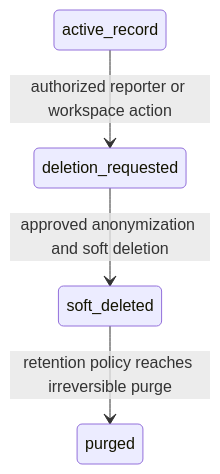
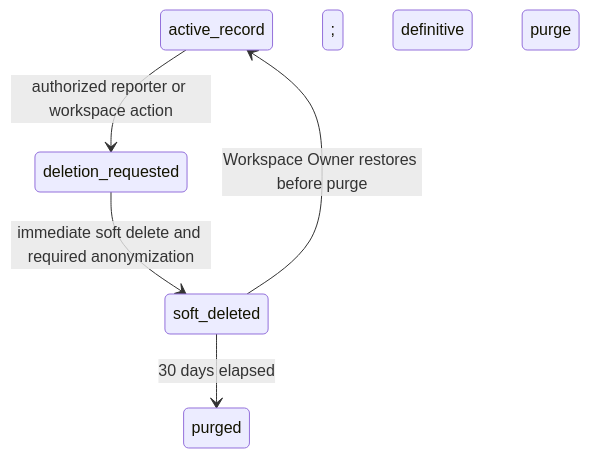
Before and after one commit to Y4NN777/y7-feedback-mngt-system: the seventh of 11 diagrams in docs/05_MODELING.md, drawn with Mermaid. The commit also changed other lines of this file, not shown here.

````diff
--- a/docs/05_MODELING.md
+++ b/docs/05_MODELING.md
@@ -223,6 +231,7 @@
 ```mermaid
 stateDiagram-v2
     active_record --> deletion_requested: authorized reporter or workspace action
-    deletion_requested --> soft_deleted: approved anonymization and soft deletion
-    soft_deleted --> purged: retention policy reaches irreversible purge
+    deletion_requested --> soft_deleted: immediate soft delete and required anonymization
+    soft_deleted --> active_record: Workspace Owner restores before purge
+    soft_deleted --> purged: 30 days elapsed; definitive purge
 ```
````
